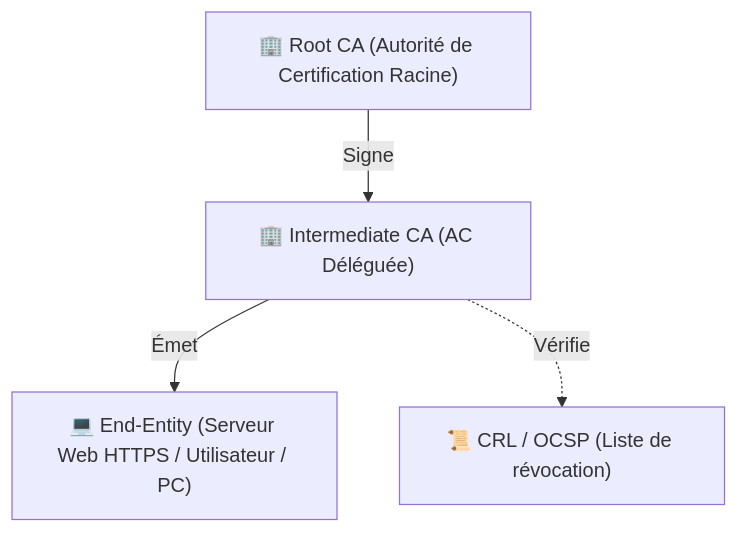
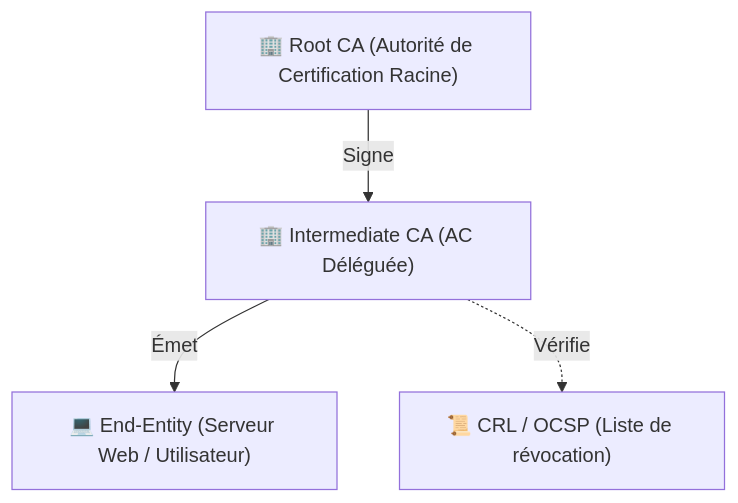
One commit to MontSekai/Documentations changed the diagram in docs/Cybersecurite/pki_crypto.md. Above: the diagram before and after it, drawn with Mermaid. The commit also changed other lines of this file and 50 other files, not shown here.

````diff
--- a/docs/Cybersecurite/pki_crypto.md
+++ b/docs/Cybersecurite/pki_crypto.md
@@ -50,11 +70,11 @@
 ```mermaid
 graph TD
     AC["🏢 Root CA (Autorité de Certification Racine)"]
     INT["🏢 Intermediate CA (AC Déléguée)"]
-    USER["💻 End-Entity (Serveur Web HTTPS / Utilisateur / PC)"]
+    USER["💻 End-Entity (Serveur Web / Utilisateur)"]
     CRL["📜 CRL / OCSP (Liste de révocation)"]
 
     AC -- "Signe" --> INT
     INT -- "Émet" --> USER
     INT -. "Vérifie" .-> CRL
 ```
````
